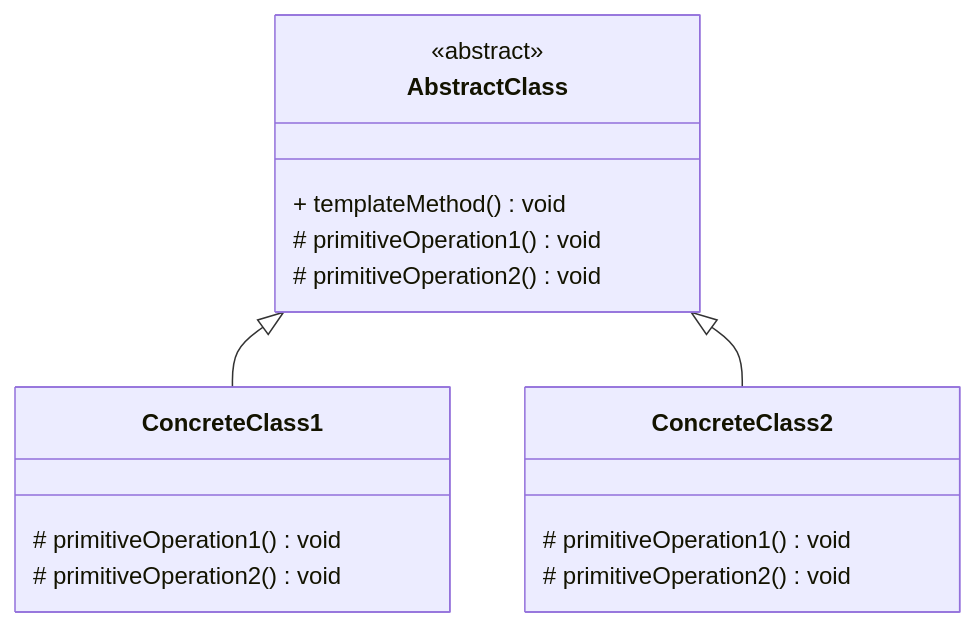
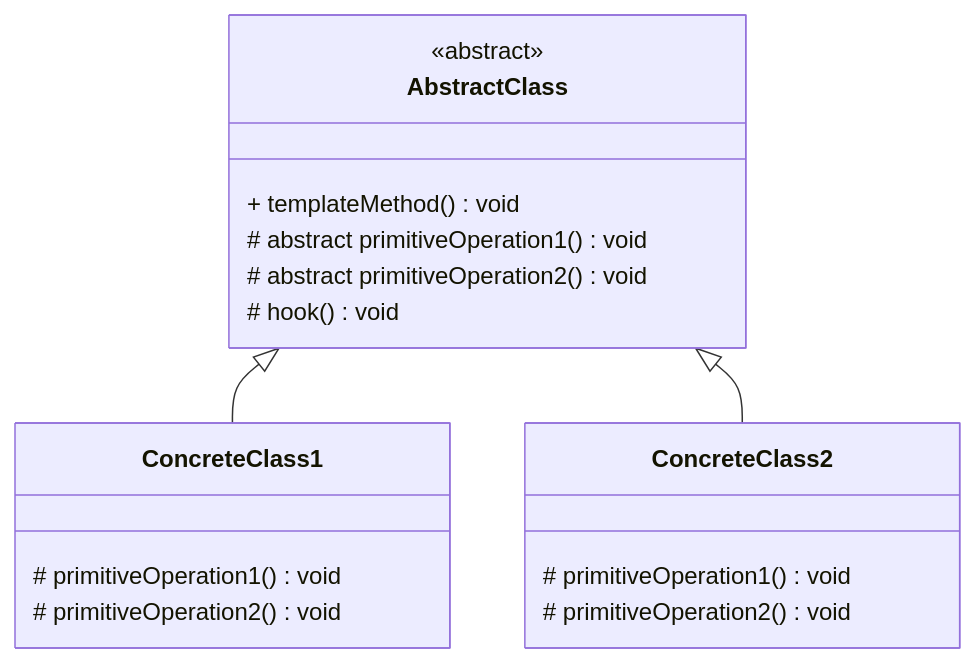
The first of 3 diagrams in src/template_method/README.md (hbaltz/design-patterns), drawn with Mermaid before and after one commit. The commit also changed other lines of this file, not shown here.

````diff
--- a/src/template_method/README.md
+++ b/src/template_method/README.md
@@ -12,22 +12,23 @@
 ```mermaid
 classDiagram
     class AbstractClass {
         + templateMethod() void
-        # primitiveOperation1() void
-        # primitiveOperation2() void
+        # abstract primitiveOperation1() void
+        # abstract primitiveOperation2() void
+        # hook() void
     }
     <<abstract>> AbstractClass
     
     class ConcreteClass1 {
         # primitiveOperation1() void
         # primitiveOperation2() void
     }
 
     class ConcreteClass2 {
         # primitiveOperation1() void
         # primitiveOperation2() void
     }
     
     AbstractClass <|-- ConcreteClass1
     AbstractClass <|-- ConcreteClass2
 ```
````
